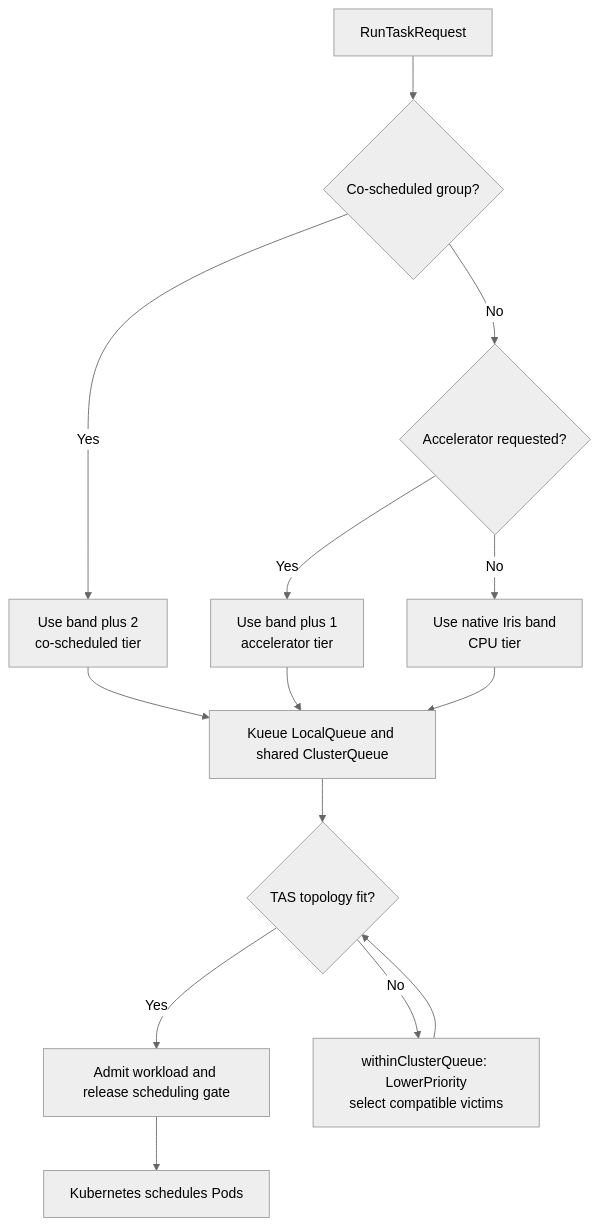
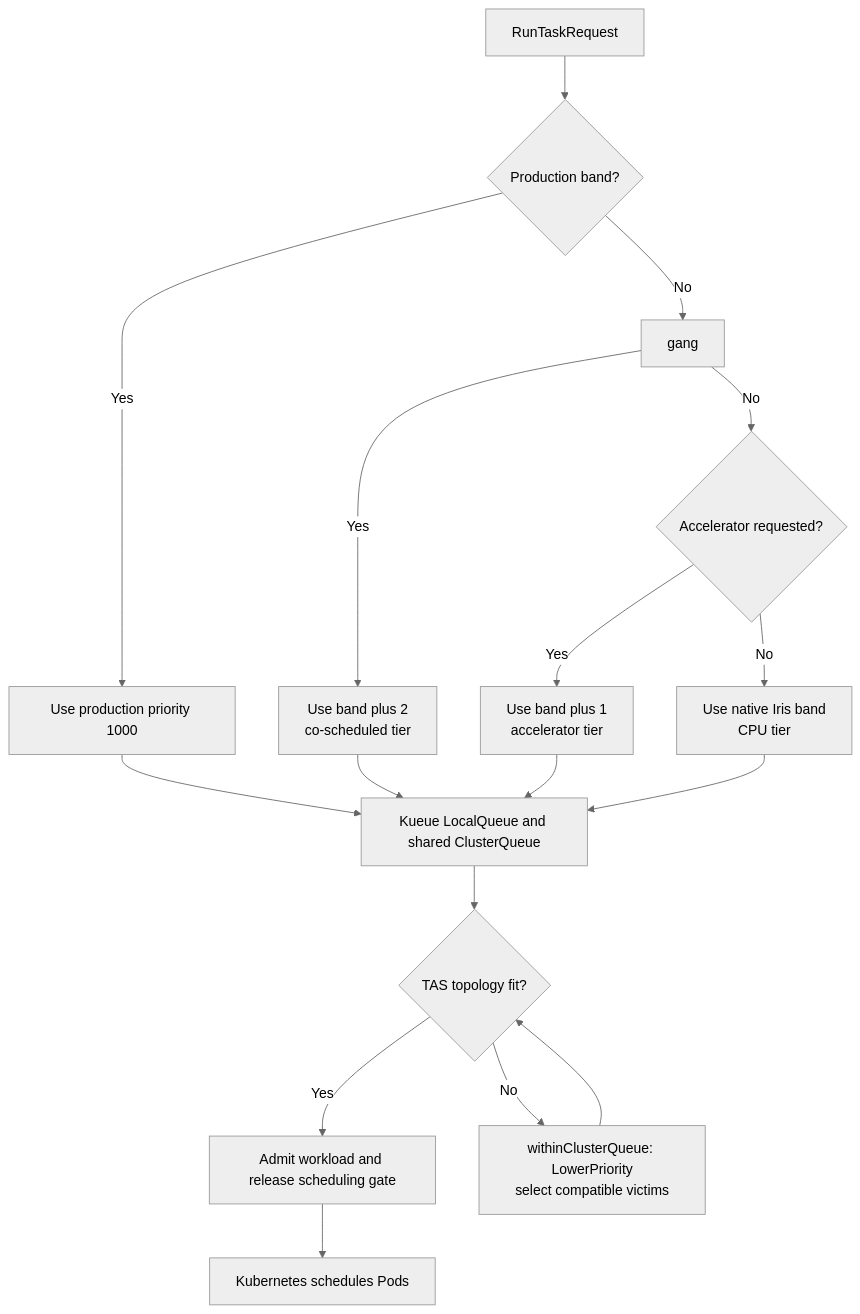
The diagram in lib/iris/docs/coreweave.md (marin-community/marin), drawn with Mermaid (neutral theme) before and after one commit. The commit also changed other lines of this file and 2 other files, not shown here.

First line of the commit message:
[iris] Disable same-band production preemption

````diff
--- a/lib/iris/docs/coreweave.md
+++ b/lib/iris/docs/coreweave.md
@@ -193,16 +190,19 @@
 ```mermaid
 flowchart TD
-    request[RunTaskRequest] --> gang{Co-scheduled group?}
+    request[RunTaskRequest] --> production{Production band?}
+    production -- Yes --> prod[Use production priority 1000]
+    production -- No --> gang
     gang -- Yes --> native[Use band plus 2<br/>co-scheduled tier]
     gang -- No --> accelerator{Accelerator requested?}
     accelerator -- Yes --> gpu[Use band plus 1<br/>accelerator tier]
     accelerator -- No --> cpu[Use native Iris band<br/>CPU tier]
+    prod --> queue[Kueue LocalQueue and shared ClusterQueue]
     native --> queue[Kueue LocalQueue and shared ClusterQueue]
     gpu --> queue
     cpu --> queue
     queue --> fit{TAS topology fit?}
     fit -- Yes --> admit[Admit workload and release scheduling gate]
     fit -- No --> preempt[withinClusterQueue: LowerPriority<br/>select compatible victims]
     preempt --> fit
     admit --> schedule[Kubernetes schedules Pods]
 ```
````
